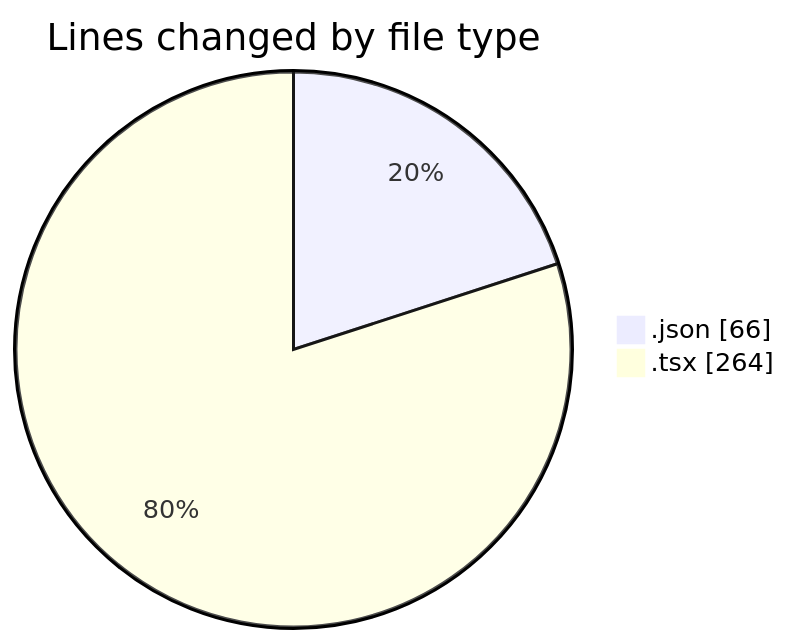
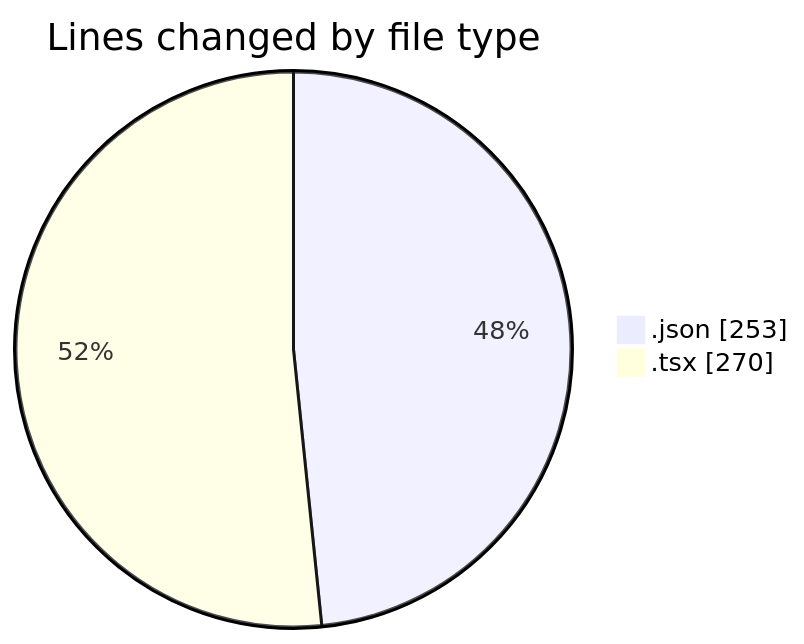
Before and after one commit to momahboobian/code-tracking: the first of 2 diagrams in 2026-03-24/cda/README.md, drawn with Mermaid. The commit also changed other lines of this file and 1 other file, not shown here.

````diff
--- a/2026-03-24/cda/README.md
+++ b/2026-03-24/cda/README.md
@@ -22,6 +23,6 @@
 ```mermaid
 pie showData
 title Lines changed by file type
-".json" : 66
-".tsx" : 264
+".json" : 253
+".tsx" : 270
 ```
````
